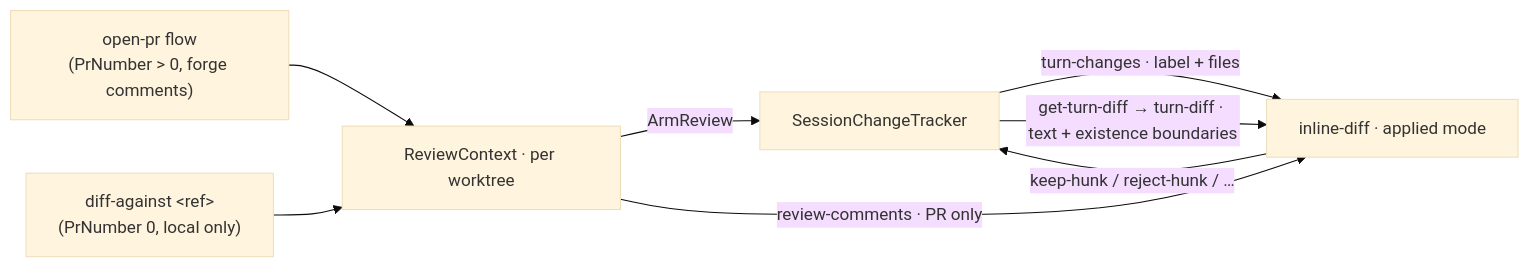
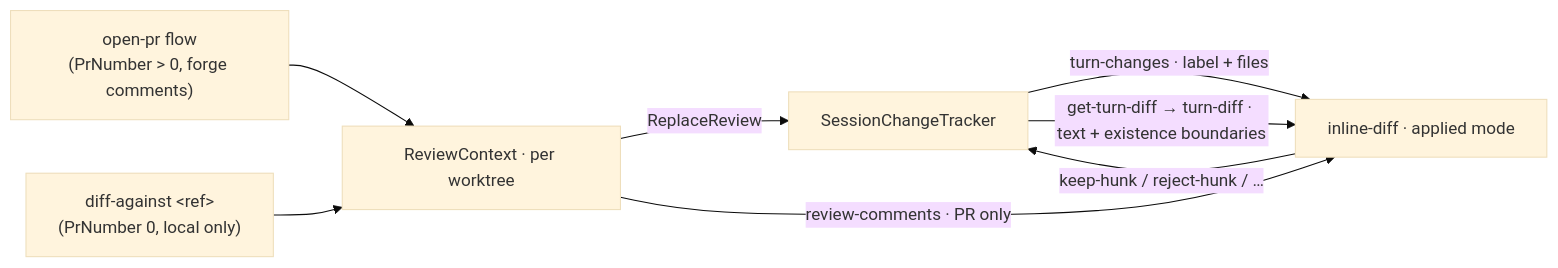
The second of 2 diagrams in docs/specs/diff-against.md (Kapps/weavie), drawn with Mermaid (base theme) before and after one commit. The commit also changed other lines of this file and 44 other files, not shown here.

````diff
--- a/docs/specs/diff-against.md
+++ b/docs/specs/diff-against.md
@@ -78,10 +68,10 @@
 ```mermaid
 flowchart LR
   PR["open-pr flow<br/>(PrNumber > 0, forge comments)"] --> R[ReviewContext · per worktree]
   DA["diff-against &lt;ref&gt;<br/>(PrNumber 0, local only)"] --> R
-  R -->|ArmReview| T[SessionChangeTracker]
+  R -->|ReplaceReview| T[SessionChangeTracker]
   T -->|turn-changes · label + files| Web[inline-diff · applied mode]
   T -->|get-turn-diff → turn-diff · text + existence boundaries| Web
   R -->|review-comments · PR only| Web
   Web -->|keep-hunk / reject-hunk / … | T
 ```
````
